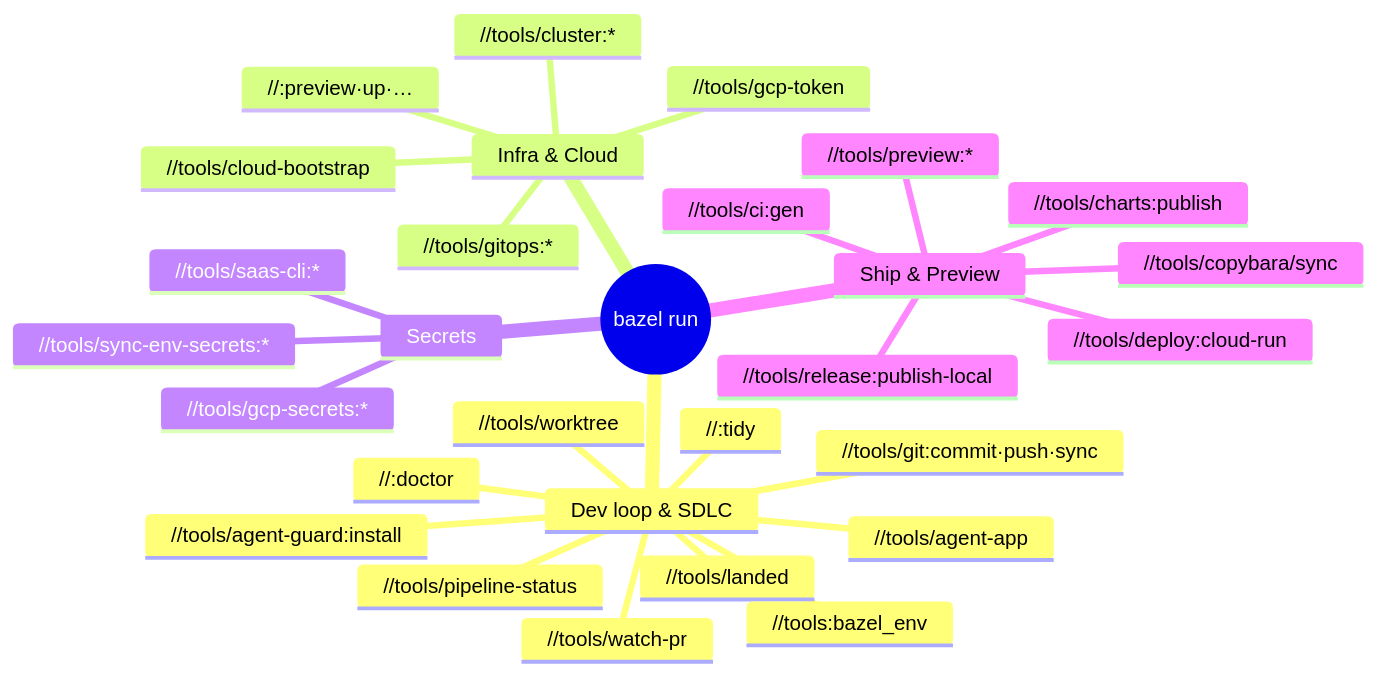
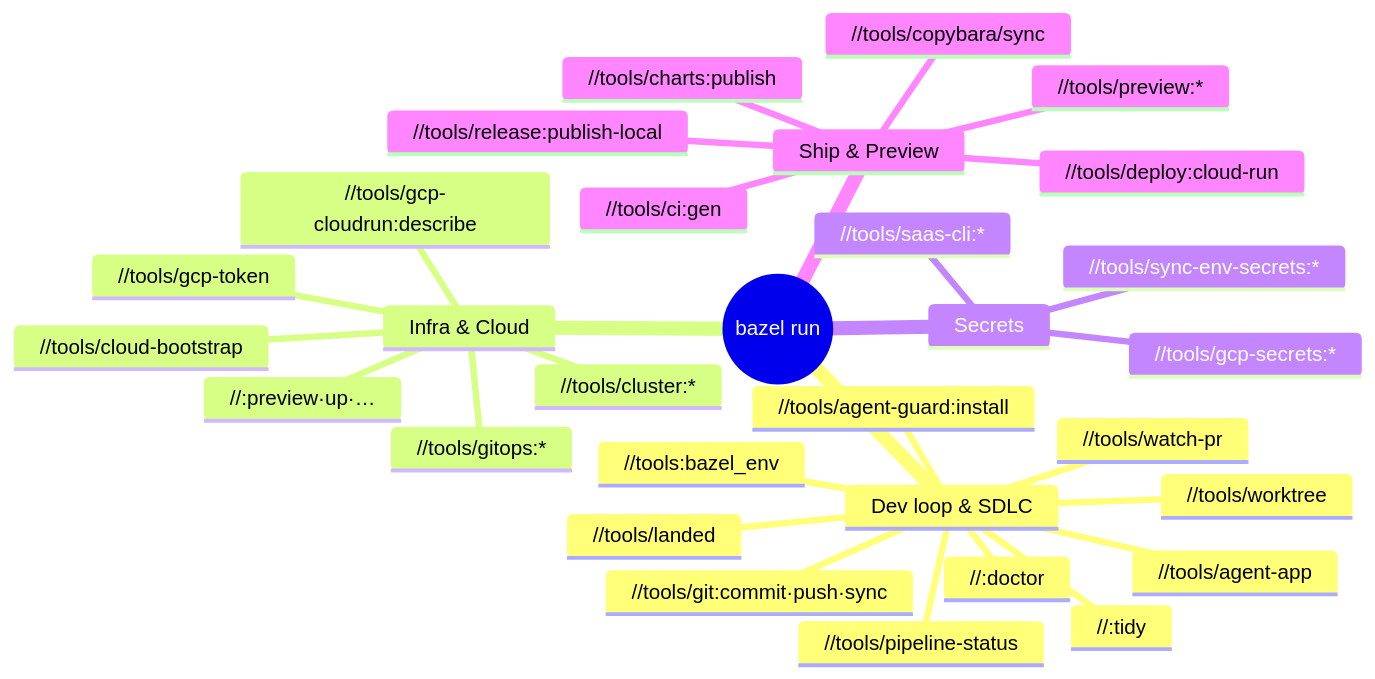
Before and after one commit to VitruvianSoftware/vitruvian-core: the diagram in docs/reference/bazel-targets.md, drawn with Mermaid. The commit also changed other lines of this file and 5 other files, not shown here.

First line of the commit message:
feat(tools): add read-only //tools/gcp-cloudrun:describe

````diff
--- a/docs/reference/bazel-targets.md
+++ b/docs/reference/bazel-targets.md
@@ -11,32 +11,33 @@
 ```mermaid
 mindmap
   root((bazel run))
     Dev loop & SDLC
       //:doctor
       //tools/worktree
       //tools/git:commit·push·sync
       //tools/agent-guard:install
       //tools/agent-app
       //tools/watch-pr
       //tools/landed
       //tools/pipeline-status
       //:tidy
       //tools:bazel_env
     Infra & Cloud
       //<pulumi project>:preview·up·…
       //tools/gcp-token
+      //tools/gcp-cloudrun:describe
       //tools/cloud-bootstrap
       //tools/gitops:*
       //tools/cluster:*
     Secrets
       //tools/gcp-secrets:*
       //tools/sync-env-secrets:*
       //tools/saas-cli:*
     Ship & Preview
       //tools/ci:gen
       //tools/deploy:cloud-run
       //tools/preview:*
       //tools/charts:publish
       //tools/release:publish-local
       //tools/copybara/sync
 ```
````
